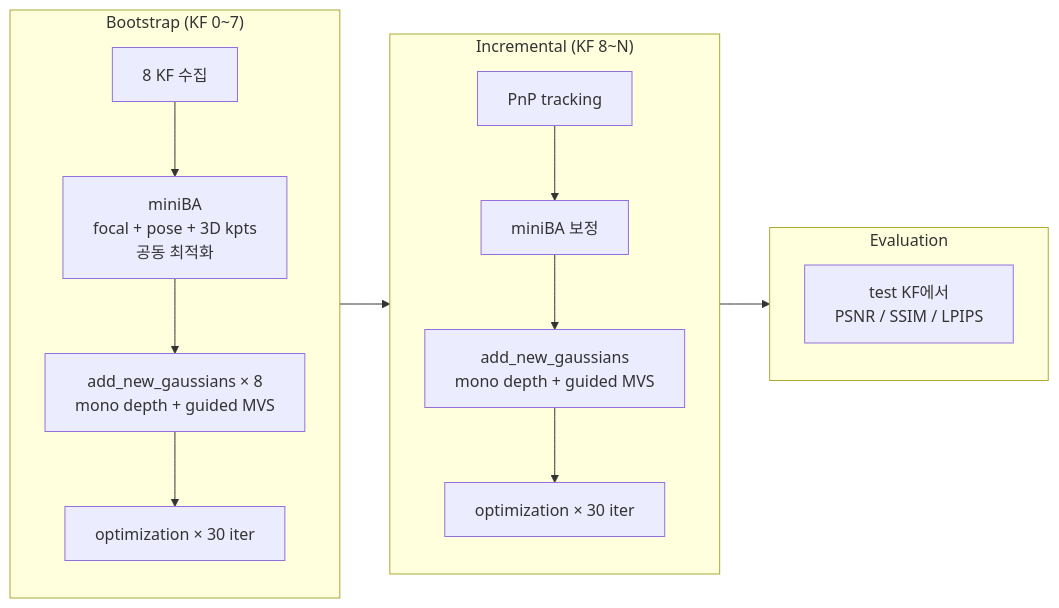
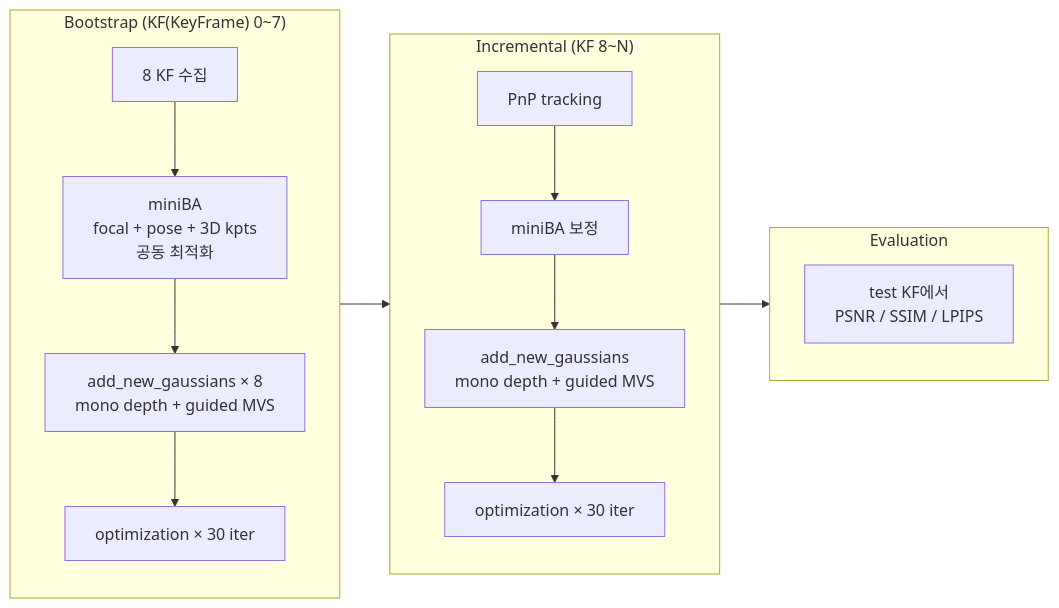
One commit to kyowon1108/gsplat-onthefly-nvs-study changed the first of 5 diagrams in daily_docs/260131-ontheflynvs_multiview_spawn.md. Above: the diagram before and after it, drawn with Mermaid. The commit also changed other lines of this file, not shown here.

````diff
--- a/daily_docs/260131-ontheflynvs_multiview_spawn.md
+++ b/daily_docs/260131-ontheflynvs_multiview_spawn.md
@@ -9,17 +9,17 @@
 ```mermaid
 flowchart LR
-    subgraph Bootstrap["Bootstrap (KF 0~7)"]
+    subgraph Bootstrap["Bootstrap (KF(KeyFrame) 0~7)"]
         B1["8 KF 수집"] --> B2["miniBA<br/>focal + pose + 3D kpts<br/>공동 최적화"]
         B2 --> B3["add_new_gaussians × 8<br/>mono depth + guided MVS"]
         B3 --> B4["optimization × 30 iter"]
     end
     subgraph Incremental["Incremental (KF 8~N)"]
         I1["PnP tracking"] --> I2["miniBA 보정"]
         I2 --> I3["add_new_gaussians<br/>mono depth + guided MVS"]
         I3 --> I4["optimization × 30 iter"]
     end
     subgraph Eval["Evaluation"]
         E1["test KF에서<br/>PSNR / SSIM / LPIPS"]
     end
     Bootstrap --> Incremental --> Eval
 ```
````
